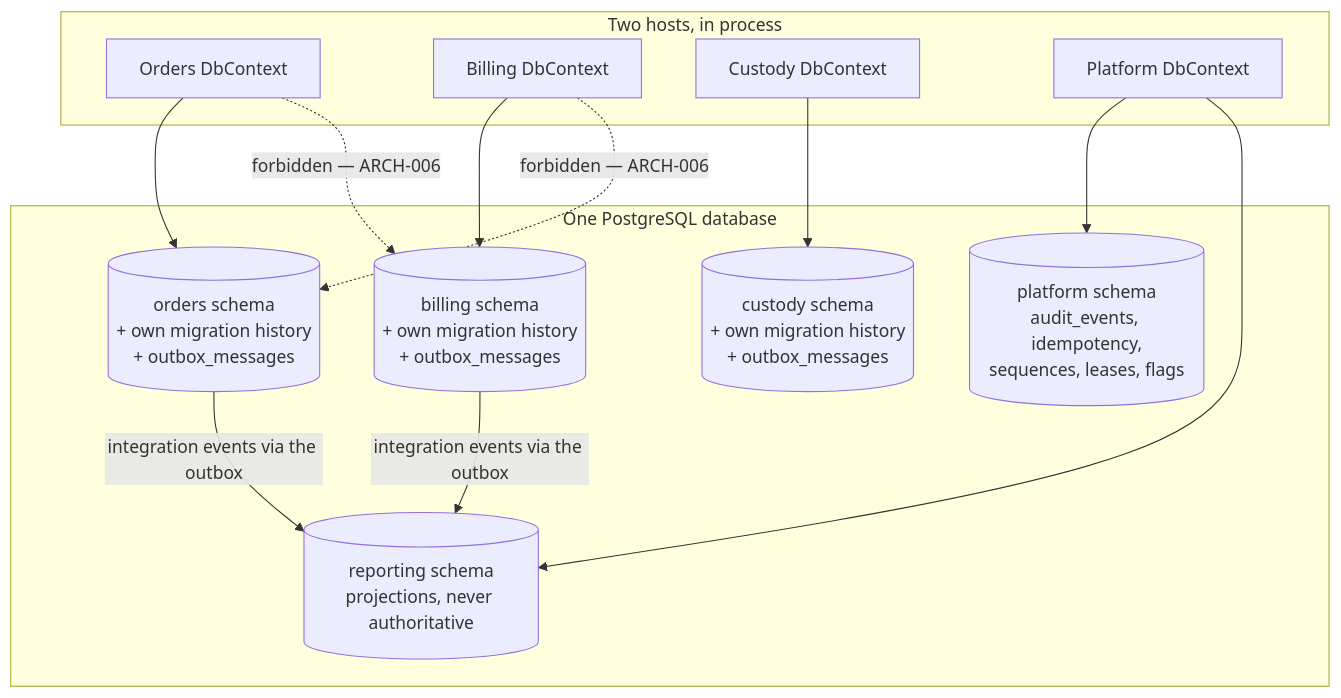
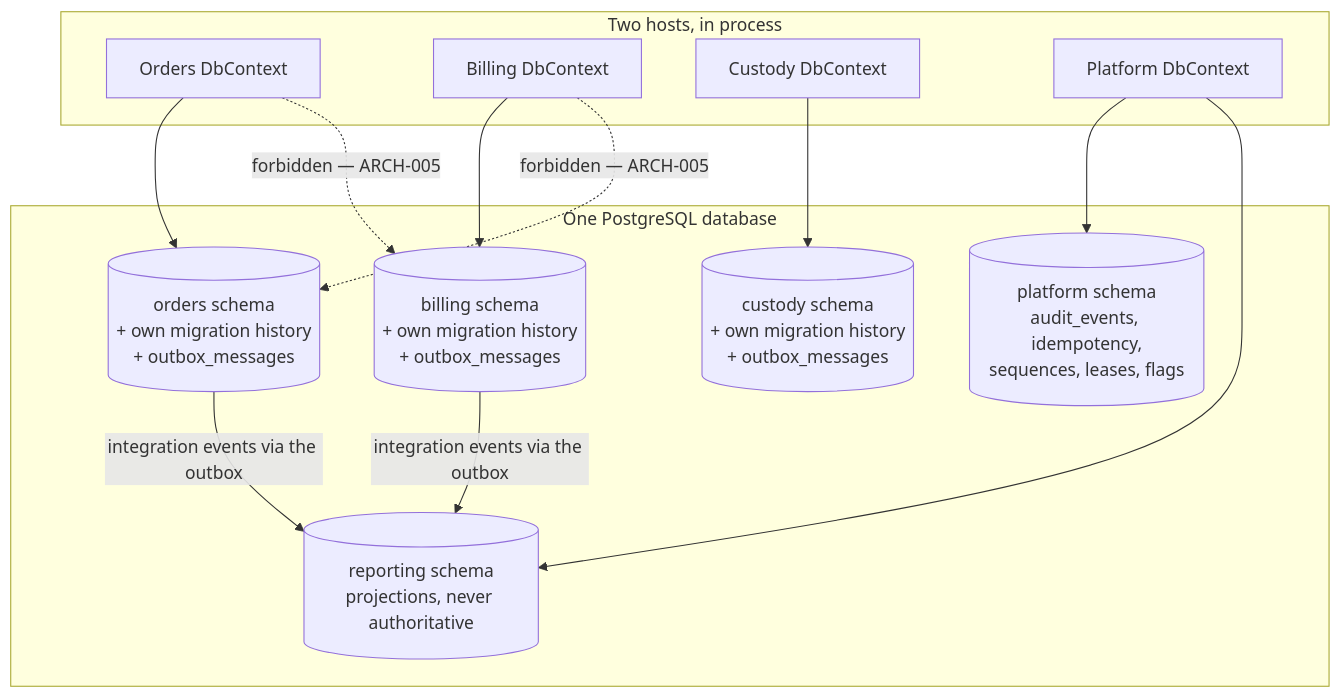
One commit to MK-AIFy/HyFib-Tailor360 changed the diagram in docs/adr/0004-postgresql-schema-per-module.md. Above: the diagram before and after it, drawn with Mermaid. The commit also changed other lines of this file and 1 other file, not shown here.

````diff
--- a/docs/adr/0004-postgresql-schema-per-module.md
+++ b/docs/adr/0004-postgresql-schema-per-module.md
@@ -195,29 +195,29 @@
 ```mermaid
 flowchart TD
     subgraph hosts["Two hosts, in process"]
         ordersctx["Orders DbContext"]
         billingctx["Billing DbContext"]
         custodyctx["Custody DbContext"]
         platformctx["Platform DbContext"]
     end
 
     subgraph db["One PostgreSQL database"]
         s_orders[("orders schema<br/>+ own migration history<br/>+ outbox_messages")]
         s_billing[("billing schema<br/>+ own migration history<br/>+ outbox_messages")]
         s_custody[("custody schema<br/>+ own migration history<br/>+ outbox_messages")]
         s_platform[("platform schema<br/>audit_events, idempotency,<br/>sequences, leases, flags")]
         s_reporting[("reporting schema<br/>projections, never authoritative")]
     end
 
     ordersctx --> s_orders
     billingctx --> s_billing
     custodyctx --> s_custody
     platformctx --> s_platform
     platformctx --> s_reporting
 
-    ordersctx -.->|"forbidden — ARCH-006"| s_billing
-    billingctx -.->|"forbidden — ARCH-006"| s_orders
+    ordersctx -.->|"forbidden — ARCH-005"| s_billing
+    billingctx -.->|"forbidden — ARCH-005"| s_orders
 
     s_orders -->|"integration events via the outbox"| s_reporting
     s_billing -->|"integration events via the outbox"| s_reporting
 ```
````
